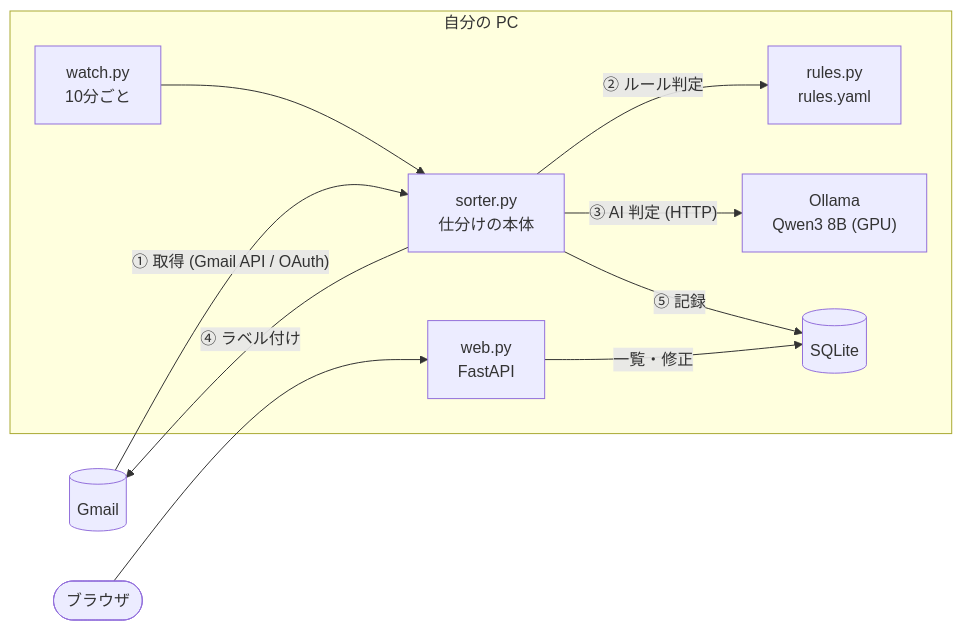
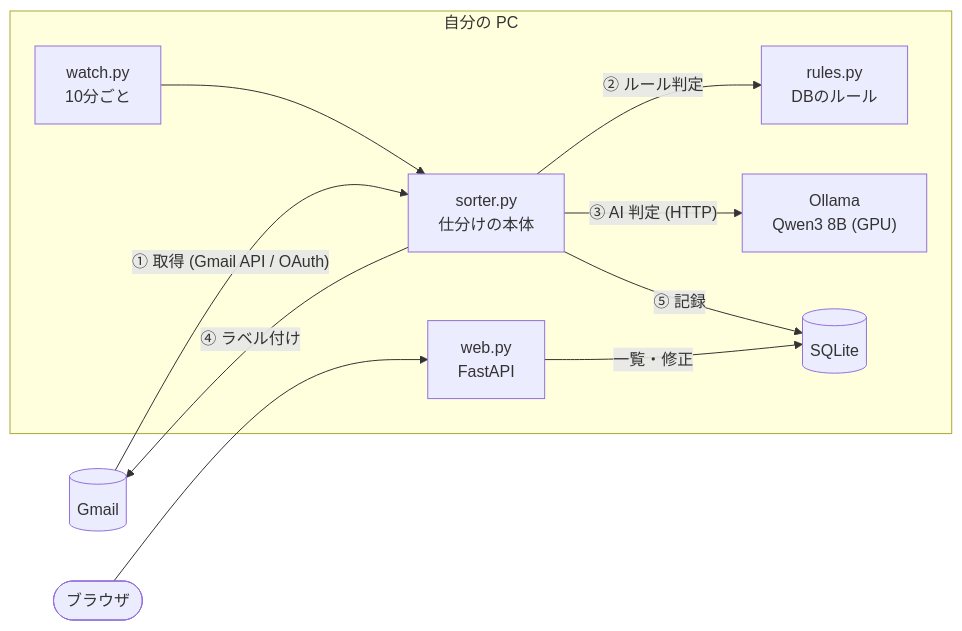
The diagram in README.md (danzhai206-ai/mail-sorter), drawn with Mermaid before and after one commit. The commit also changed other lines of this file and 7 other files, not shown here.

````diff
--- a/README.md
+++ b/README.md
@@ -21,13 +21,13 @@
 ```mermaid
 flowchart LR
     Gmail[(Gmail)] -- "① 取得 (Gmail API / OAuth)" --> Sorter
     subgraph PC["自分の PC"]
-        Sorter["sorter.py<br/>仕分けの本体"] -- "② ルール判定" --> Rules["rules.py<br/>rules.yaml"]
+        Sorter["sorter.py<br/>仕分けの本体"] -- "② ルール判定" --> Rules["rules.py<br/>DBのルール"]
         Sorter -- "③ AI 判定 (HTTP)" --> Ollama["Ollama<br/>Qwen3 8B (GPU)"]
         Sorter -- "⑤ 記録" --> DB[(SQLite)]
         Web["web.py<br/>FastAPI"] -- 一覧・修正 --> DB
         Watch["watch.py<br/>10分ごと"] --> Sorter
     end
     Sorter -- "④ ラベル付け" --> Gmail
     Browser([ブラウザ]) --> Web
 ```
````
